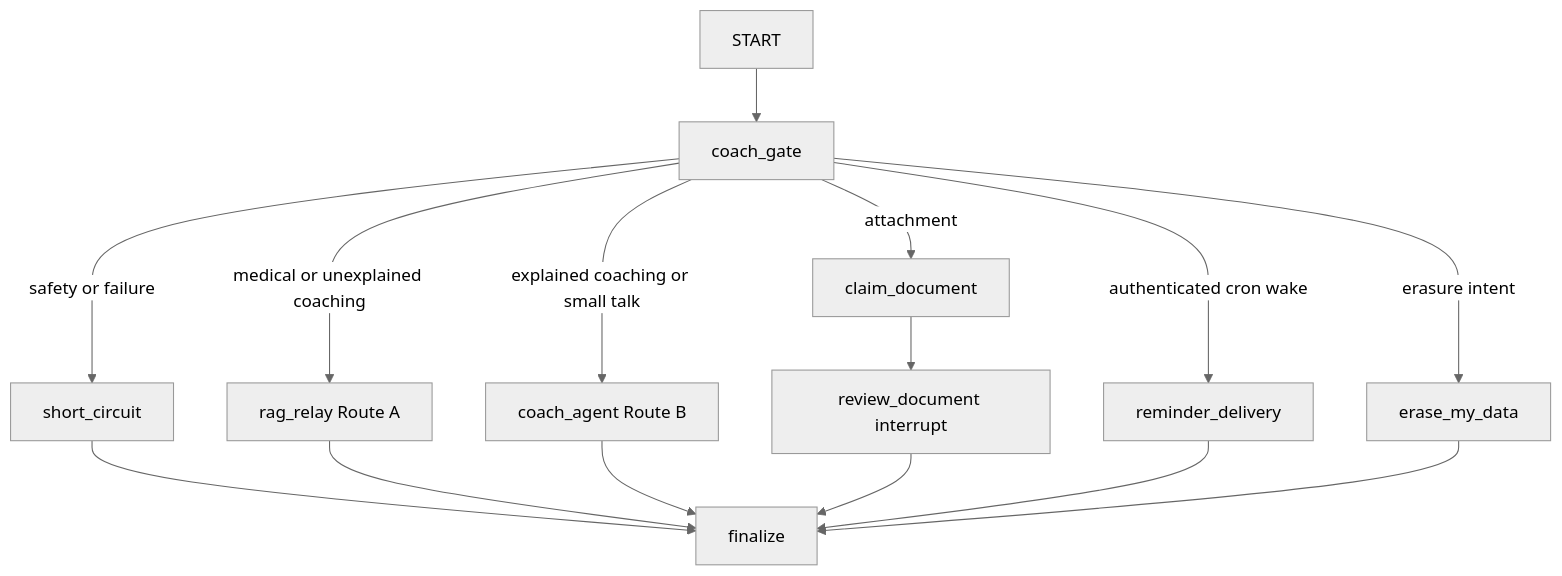
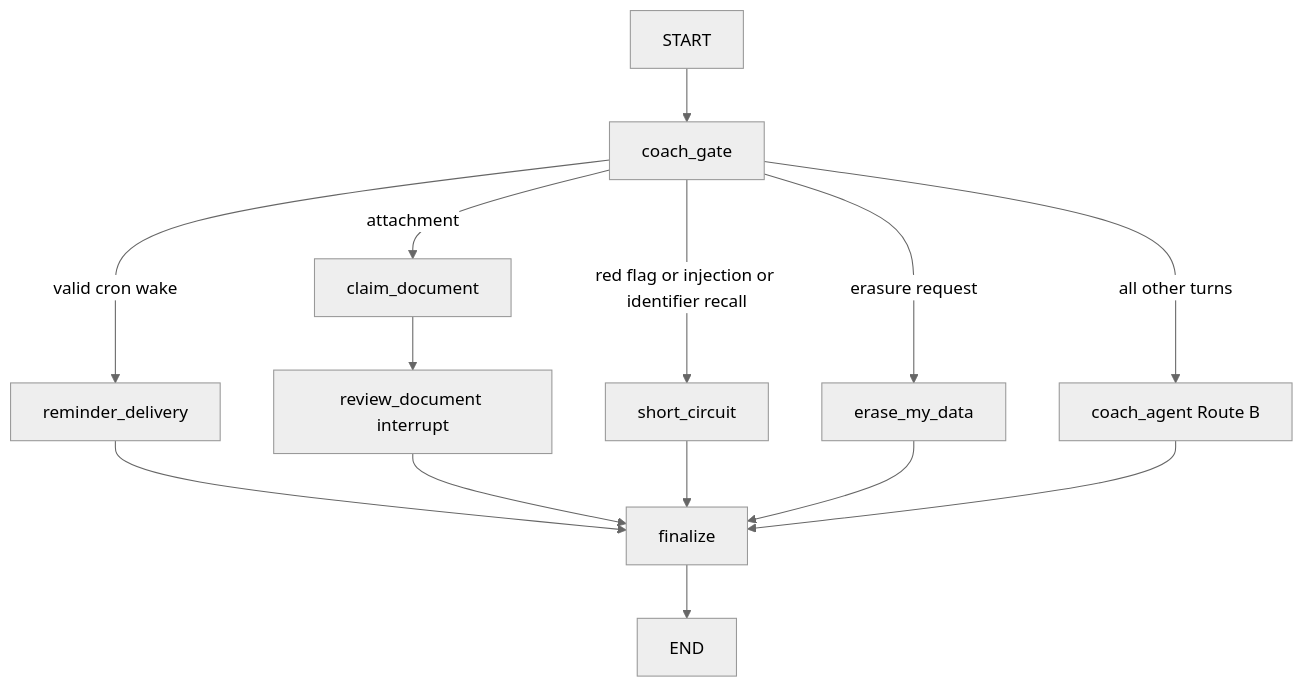
One commit to siddicky/healthcare-rag-langgraph changed the diagram in openwiki/agent/coach-routing.md. Above: the diagram before and after it, drawn with Mermaid (neutral theme). The commit also changed other lines of this file and 16 other files, not shown here.

````diff
--- a/openwiki/agent/coach-routing.md
+++ b/openwiki/agent/coach-routing.md
@@ -12,17 +15,16 @@
 ```mermaid
 flowchart TD
   S["START"] --> G["coach_gate"]
-  G -->|"safety or failure"| SC["short_circuit"]
-  G -->|"medical or unexplained coaching"| RR["rag_relay Route A"]
-  G -->|"explained coaching or small talk"| CB["coach_agent Route B"]
+  G -->|"valid cron wake"| RD["reminder_delivery"]
   G -->|"attachment"| CD["claim_document"]
-  CD --> RD["review_document interrupt"]
-  G -->|"authenticated cron wake"| RDV["reminder_delivery"]
-  G -->|"erasure intent"| ER["erase_my_data"]
-  SC --> F["finalize"]
-  RR --> F
-  CB --> F
-  RD --> F
-  RDV --> F
+  G -->|"red flag or injection or identifier recall"| SC["short_circuit"]
+  G -->|"erasure request"| ER["erase_my_data"]
+  G -->|"all other turns"| CA["coach_agent Route B"]
+  CD --> RV["review_document interrupt"]
+  RD --> F["finalize"]
+  RV --> F
+  SC --> F
   ER --> F
+  CA --> F
+  F --> E["END"]
 ```
````
